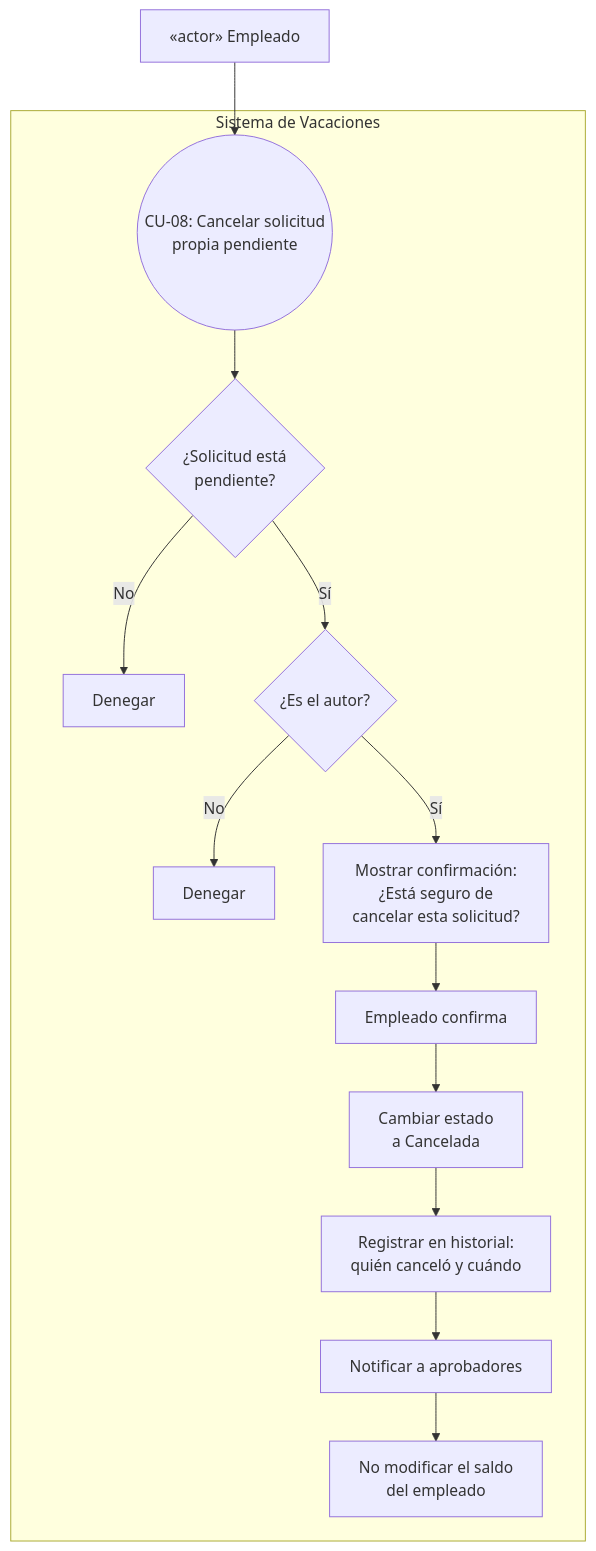
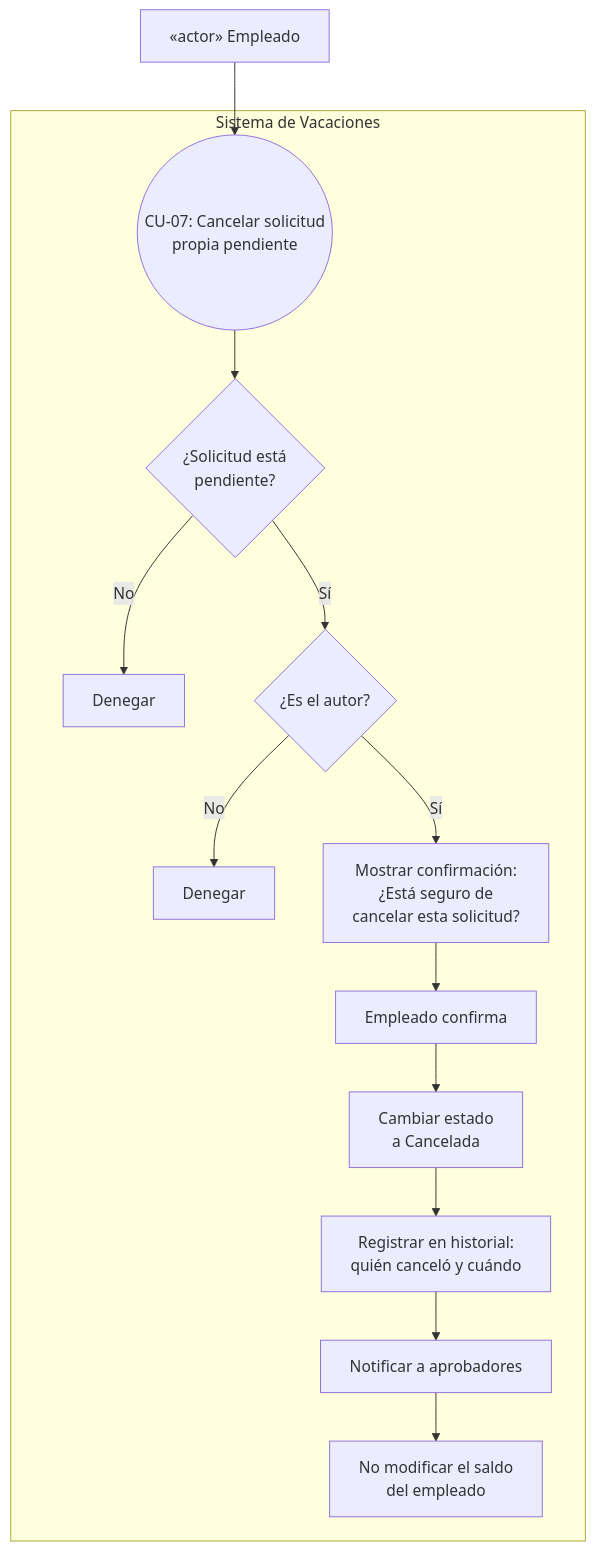
One commit to Oscar26-zs/Solicitud_de_Vacaciones changed the seventh of 19 diagrams in docs/use-case-diagrams.md. Above: the diagram before and after it, drawn with Mermaid. The commit also changed other lines of this file and 1 other file, not shown here.

````diff
--- a/docs/use-case-diagrams.md
+++ b/docs/use-case-diagrams.md
@@ -204,23 +183,23 @@
 ```mermaid
 graph TB
     subgraph S["Sistema de Vacaciones"]
-        CU08(("CU-08: Cancelar solicitud<br/>propia pendiente"))
+        CU07(("CU-07: Cancelar solicitud<br/>propia pendiente"))
         V1{¿Solicitud está<br/>pendiente?}
         V2[Denegar]
         V3{¿Es el autor?}
         V4[Denegar]
         C1[Mostrar confirmación:<br/>¿Está seguro de<br/>cancelar esta solicitud?]
         C2[Empleado confirma]
         C3[Cambiar estado<br/>a Cancelada]
         C4[Registrar en historial:<br/>quién canceló y cuándo]
         C5[Notificar a aprobadores]
         C6[No modificar el saldo<br/>del empleado]
 
-        CU08 --> V1
+        CU07 --> V1
         V1 -->|No| V2
         V1 -->|Sí| V3
         V3 -->|No| V4
         V3 -->|Sí| C1 --> C2 --> C3 --> C4 --> C5 --> C6
     end
-    Emp["«actor» Empleado"] --> CU08
+    Emp["«actor» Empleado"] --> CU07
 ```
````
